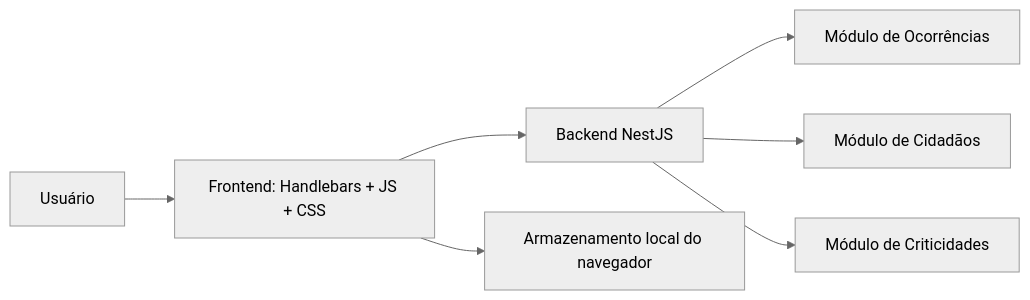
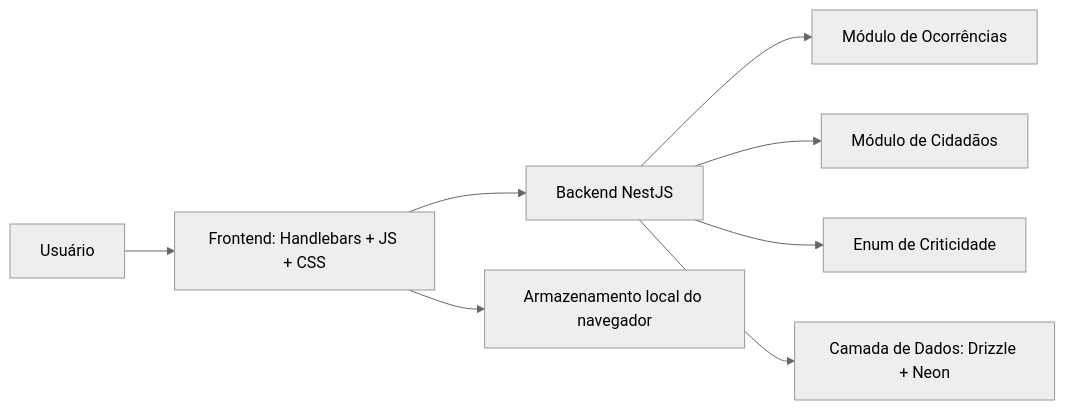
One commit to MaltusVandrel/quadro-avisos-ampag changed the diagram in docs/arquitetura.md. Above: the diagram before and after it, drawn with Mermaid (neutral theme). The commit also changed other lines of this file and 54 other files, not shown here.

````diff
--- a/docs/arquitetura.md
+++ b/docs/arquitetura.md
@@ -10,9 +11,10 @@
 ```mermaid
 flowchart LR
     A[Usuário] --> B[Frontend: Handlebars + JS + CSS]
     B --> C[Backend NestJS]
     C --> D[Módulo de Ocorrências]
     C --> E[Módulo de Cidadãos]
-    C --> F[Módulo de Criticidades]
+    C --> F[Enum de Criticidade]
+    C --> H[Camada de Dados: Drizzle + Neon]
     B --> G[Armazenamento local do navegador]
 ```
````
